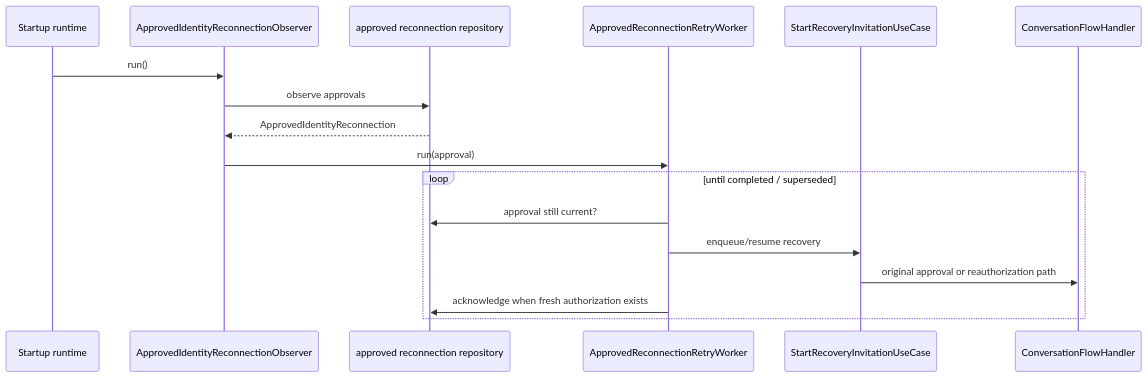
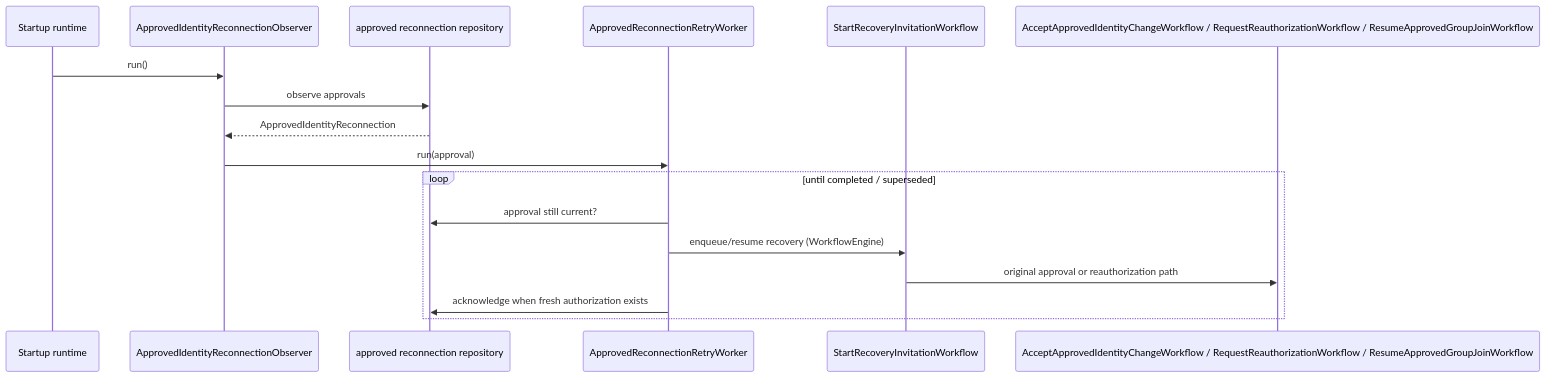
One commit to cbgm/Sparrow changed the third of 3 diagrams in docs/features/identity-recovery.md. Above: the diagram before and after it, drawn with Mermaid. The commit also changed other lines of this file and 1098 other files, not shown here.

````diff
--- a/docs/features/identity-recovery.md
+++ b/docs/features/identity-recovery.md
@@ -126,20 +126,20 @@
 ```mermaid
 sequenceDiagram
     participant APP as Startup runtime
     participant OBS as ApprovedIdentityReconnectionObserver
     participant DB as approved reconnection repository
     participant WORK as ApprovedReconnectionRetryWorker
-    participant START as StartRecoveryInvitationUseCase
-    participant FLOW as ConversationFlowHandler
+    participant START as StartRecoveryInvitationWorkflow
+    participant FLOW as AcceptApprovedIdentityChangeWorkflow / RequestReauthorizationWorkflow / ResumeApprovedGroupJoinWorkflow
 
     APP->>OBS: run()
     OBS->>DB: observe approvals
     DB-->>OBS: ApprovedIdentityReconnection
     OBS->>WORK: run(approval)
     loop until completed / superseded
         WORK->>DB: approval still current?
-        WORK->>START: enqueue/resume recovery
+        WORK->>START: enqueue/resume recovery (WorkflowEngine)
         START->>FLOW: original approval or reauthorization path
         WORK->>DB: acknowledge when fresh authorization exists
     end
 ```
````
